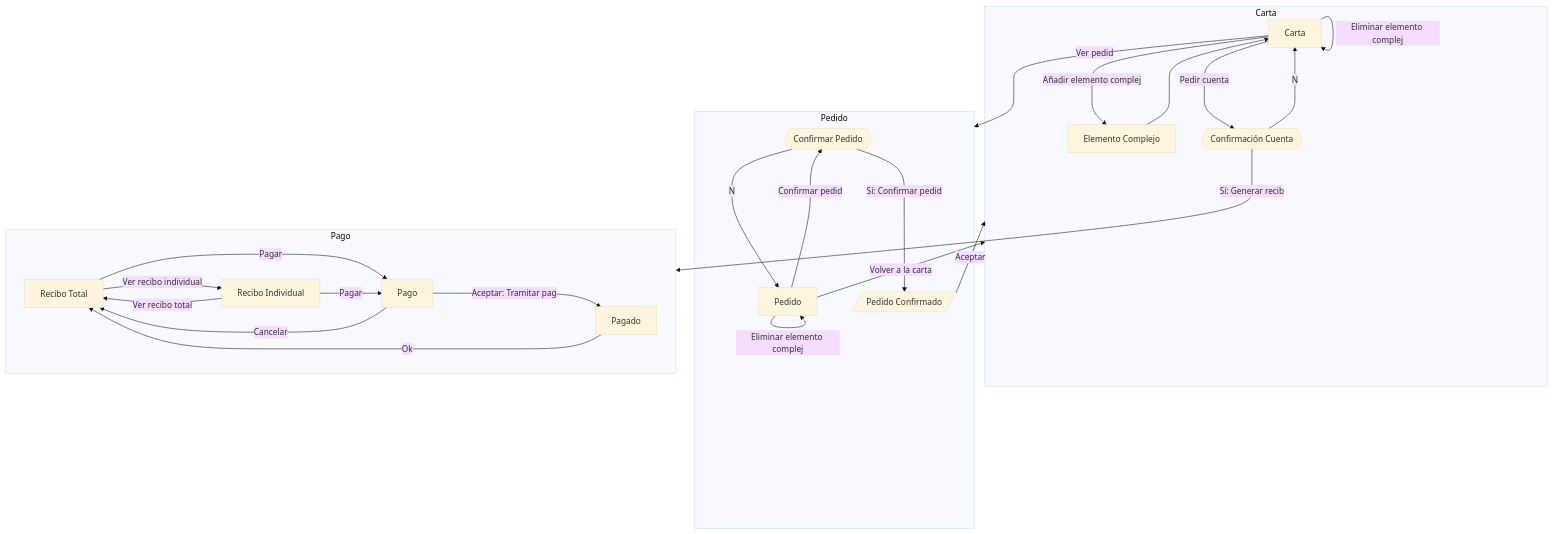
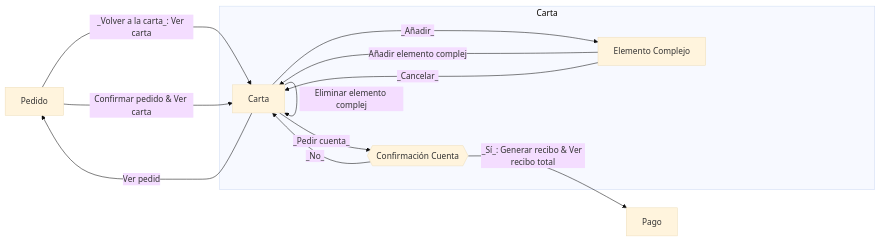
Before and after one commit to pabenito/QRest: the second of 8 diagrams in documentacion/requisitos/diagramas_de_flujo.md, drawn with Mermaid (base theme). The commit also changed other lines of this file, not shown here.

Commit message:
Diagramas de flujo

````diff
--- a/documentacion/requisitos/diagramas_de_flujo.md
+++ b/documentacion/requisitos/diagramas_de_flujo.md
@@ -3,45 +20,22 @@
 ```mermaid
-flowchart TD
+flowchart LR
+    pedido[Pedido]
+    pago[Pago]
     subgraph g_carta[Carta]
         carta[Carta]
         elemento_complejo[Elemento Complejo]
         confirmacion_cuenta{{Confirmación Cuenta}}
     end
-    subgraph g_pedido[Pedido]
-        confirmar_pedido{{Confirmar Pedido}}
-        pedido[Pedido]
-        pedido_confirmado[/Pedido Confirmado/]
-    end
-    subgraph g_pago[Pago]
-        recibo_total[Recibo Total]
-        recibo_individual[Recibo Individual]
-        pago[Pago]
-        pagado[Pagado]
-    end
     carta --Añadir elemento simple--> carta
     carta --Eliminar elemento simple--> carta
     carta --Eliminar elemento complejo--> carta
-    carta --Añadir elemento complejo--> elemento_complejo
-    elemento_complejo --> carta
-    carta --Ver pedido--> g_pedido
-    pedido --Añadir elemento simple--> pedido
-    pedido --Eliminar elemento simple--> pedido
-    pedido --Añadir elemento complejo--> pedido
-    pedido --Eliminar elemento complejo--> pedido
-    pedido --Volver a la carta--> g_carta
-    pedido --Confirmar pedido--> confirmar_pedido
-    confirmar_pedido --No--> pedido
-    confirmar_pedido --Sí: Confirmar pedido--> pedido_confirmado
-    pedido_confirmado --Aceptar--> g_carta
-    carta --Pedir cuenta--> confirmacion_cuenta
-    confirmacion_cuenta --Sí: Generar recibo--> g_pago
-    confirmacion_cuenta --No--> carta
-    recibo_total --Ver recibo individual--> recibo_individual
-    recibo_total --Pagar--> pago
-    recibo_individual --Ver recibo total--> recibo_total
-    recibo_individual --Pagar--> pago
-    pago --Cancelar--> recibo_total
-    pago --Aceptar: Tramitar pago--> pagado
-    pagado --Ok--> recibo_total
-
+    carta --_Añadir_--> elemento_complejo
+    elemento_complejo --Añadir elemento complejo--> carta
+    elemento_complejo --_Cancelar_--> carta
+    carta --Ver pedido--> pedido
+    pedido --_Volver a la carta_: Ver carta--> carta
+    pedido --Confirmar pedido & Ver carta--> carta
+    carta --_Pedir cuenta_--> confirmacion_cuenta
+    confirmacion_cuenta --_Sí_: Generar recibo & Ver recibo total--> pago
+    confirmacion_cuenta --_No_--> carta
 ```
````
